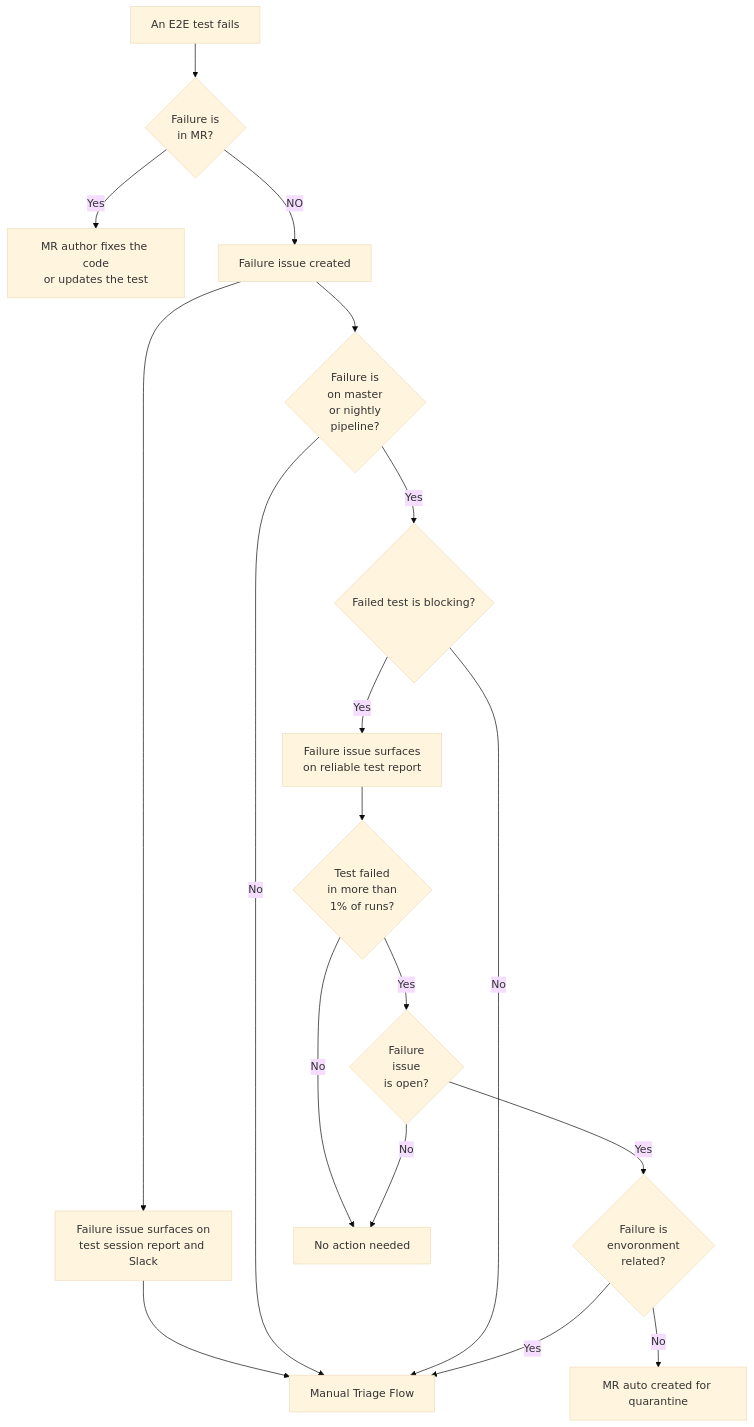
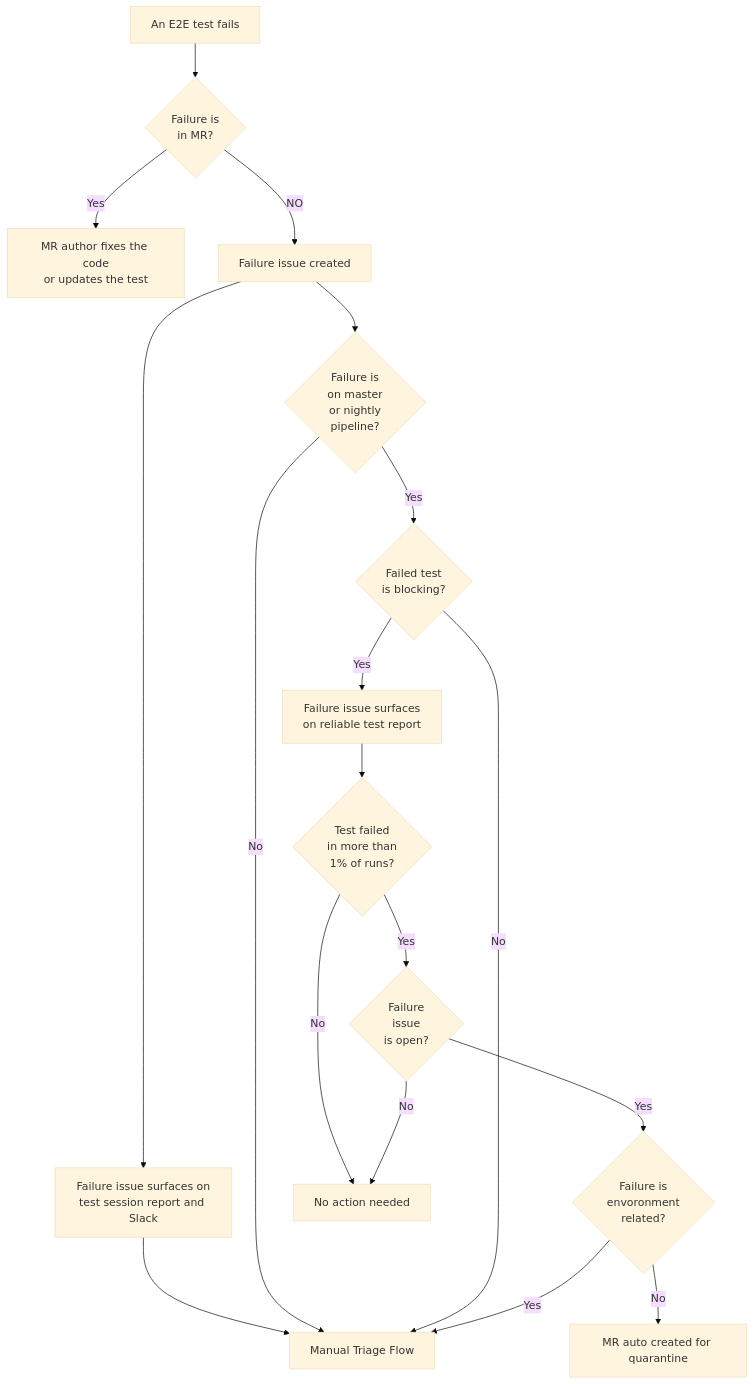
The second of 2 diagrams in content/handbook/engineering/infrastructure/test-platform/blocking-tests.md (moliver28/research-handbook), drawn with Mermaid (base theme) before and after one commit.

Commit message:
Apply 1 suggestion(s) to 1 file(s)

````diff
--- a/content/handbook/engineering/infrastructure/test-platform/blocking-tests.md
+++ b/content/handbook/engineering/infrastructure/test-platform/blocking-tests.md
@@ -73,43 +73,43 @@
 ```mermaid
 
 flowchart TD
     %% nodes
     test_fails[An E2E test fails]
     failure_in_mr_check{Failure is\nin MR?}
     author_fixes[MR author fixes the code\nor updates the test]
     failure_issue_created[Failure issue created]
     test_session_report[Failure issue surfaces on\ntest session report and Slack]
     manual_triage_flow[Manual Triage Flow]
-    blocking_check{Failed test is blocking?}
+    blocking_check{Failed test\nis blocking?}
     nightly_or_master_check{Failure is\non master\nor nightly\npipeline?}
     surface_on_relaible_report[Failure issue surfaces\non reliable test report]
     one_percent_failure_check{Test failed\nin more than\n1% of runs?}
     failure_issue_open_check{Failure\nissue\nis open?}
     test_environment_related_check{Failure is\nenvoronment\nrelated?}
     create_mr_for_quarantine[MR auto created for quarantine]
     no_action[No action needed]
 
     %% external links
     click manual_triage_flow "https://handbook.gitlab.com/handbook/engineering/infrastructure/test-platform/debugging-qa-test-failures/#triage-flow"
 
     %% diagram
     test_fails --> failure_in_mr_check
     failure_in_mr_check -->|Yes| author_fixes
     failure_in_mr_check -->|NO| failure_issue_created
     failure_issue_created --> test_session_report
     test_session_report --> manual_triage_flow
     failure_issue_created --> nightly_or_master_check
 
     nightly_or_master_check -->|Yes| blocking_check
     nightly_or_master_check -->|No| manual_triage_flow
     blocking_check -->|Yes| surface_on_relaible_report
     blocking_check -->|No| manual_triage_flow
 
     surface_on_relaible_report --> one_percent_failure_check
     one_percent_failure_check -->|Yes| failure_issue_open_check
     one_percent_failure_check -->|No| no_action
     failure_issue_open_check -->|Yes| test_environment_related_check
     failure_issue_open_check -->|No| no_action
     test_environment_related_check -->|No| create_mr_for_quarantine
     test_environment_related_check -->|Yes| manual_triage_flow
 ```
````
